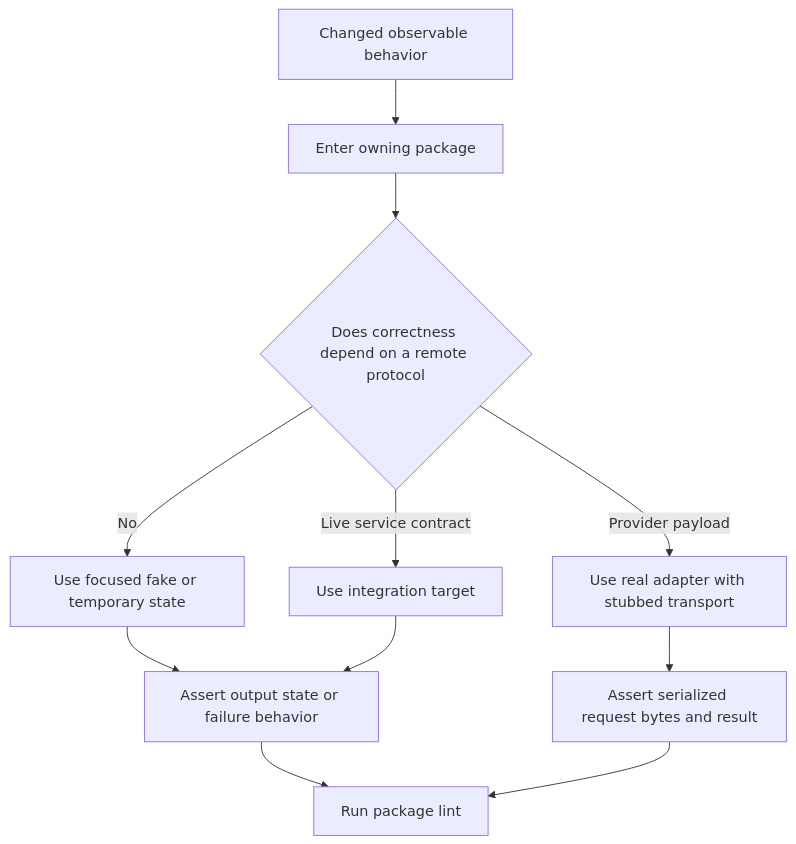
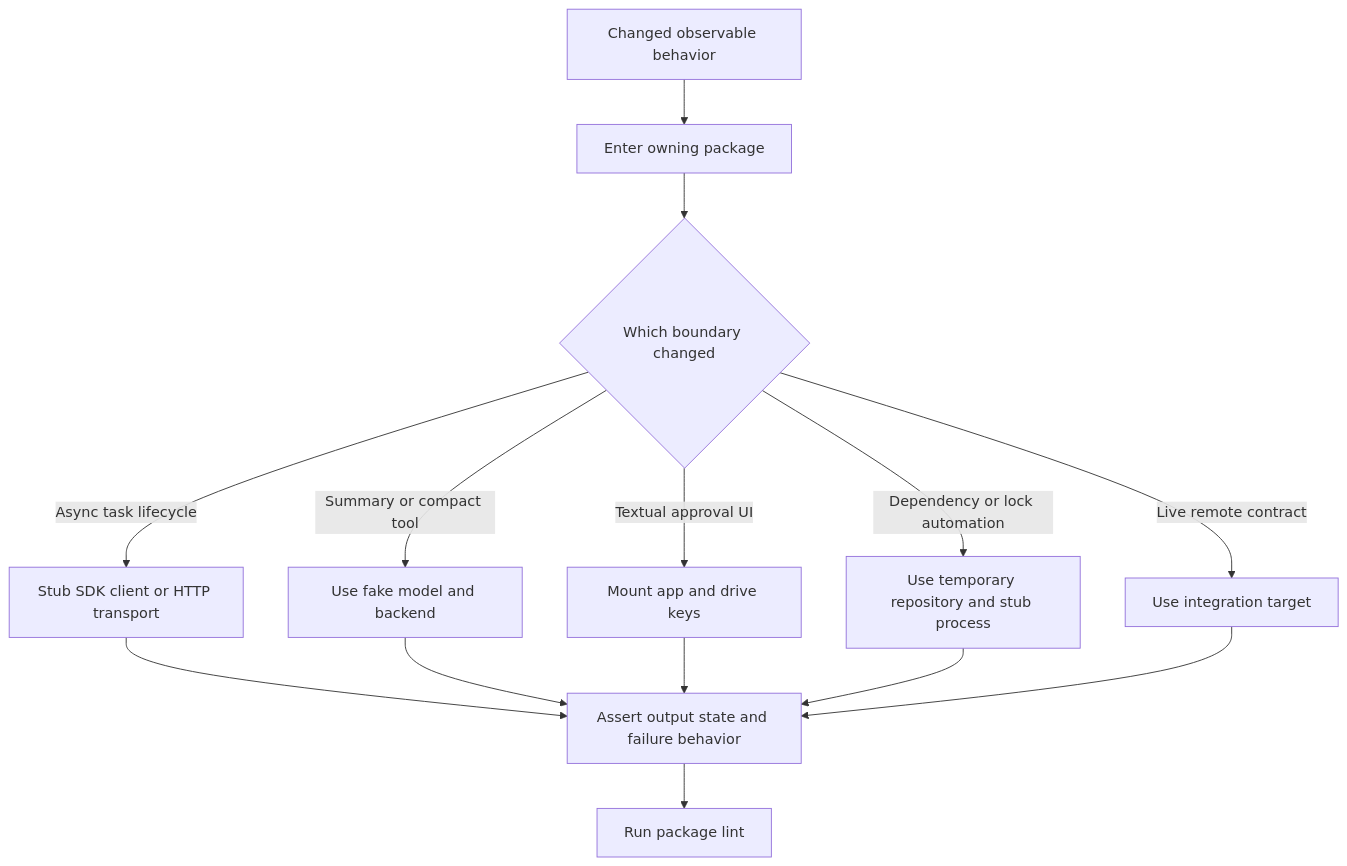
The diagram in openwiki/testing/testing-guide.md (langchain-ai/deepagents), drawn with Mermaid before and after one commit. The commit also changed other lines of this file and 30 other files, not shown here.

````diff
--- a/openwiki/testing/testing-guide.md
+++ b/openwiki/testing/testing-guide.md
@@ -90,13 +79,16 @@
 ```mermaid
 flowchart TD
     Change["Changed observable behavior"] --> Owner["Enter owning package"]
-    Owner --> Remote{"Does correctness depend on a remote protocol"}
-    Remote -->|"No"| Fake["Use focused fake or temporary state"]
-    Remote -->|"Provider payload"| Adapter["Use real adapter with stubbed transport"]
-    Remote -->|"Live service contract"| Integration["Use integration target"]
-    Fake --> Assert["Assert output state or failure behavior"]
-    Adapter --> Bytes["Assert serialized request bytes and result"]
+    Owner --> Boundary{"Which boundary changed"}
+    Boundary -->|"Async task lifecycle"| Async["Stub SDK client or HTTP transport"]
+    Boundary -->|"Summary or compact tool"| Compact["Use fake model and backend"]
+    Boundary -->|"Textual approval UI"| Tui["Mount app and drive keys"]
+    Boundary -->|"Dependency or lock automation"| Automation["Use temporary repository and stub process"]
+    Boundary -->|"Live remote contract"| Integration["Use integration target"]
+    Async --> Assert["Assert output state and failure behavior"]
+    Compact --> Assert
+    Tui --> Assert
+    Automation --> Assert
     Integration --> Assert
     Assert --> Lint["Run package lint"]
-    Bytes --> Lint
 ```
````
